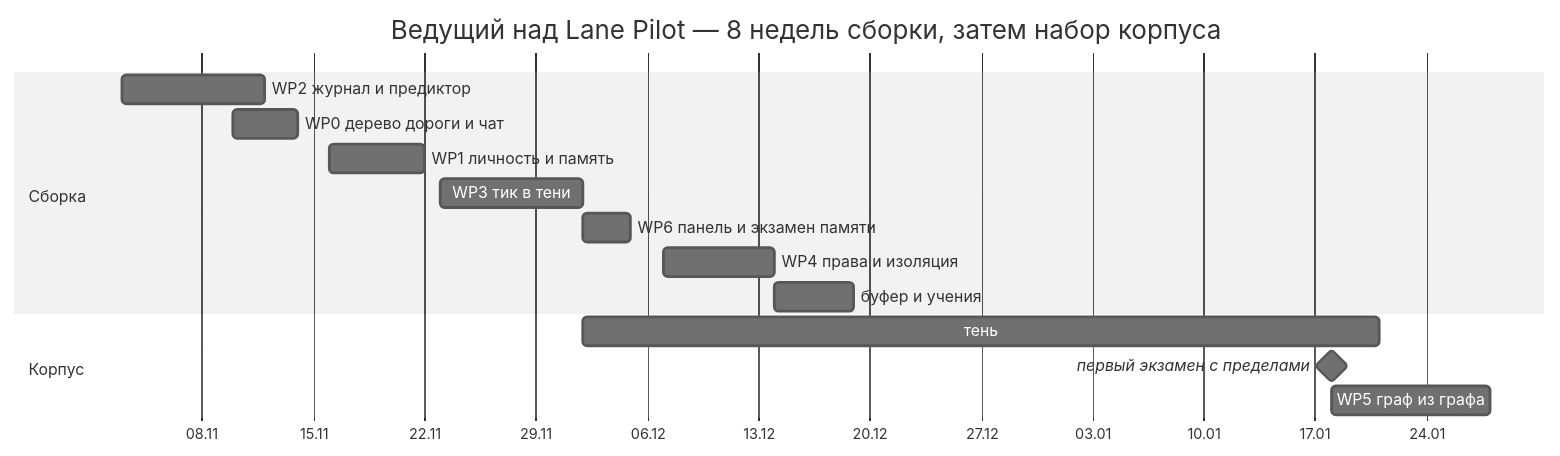
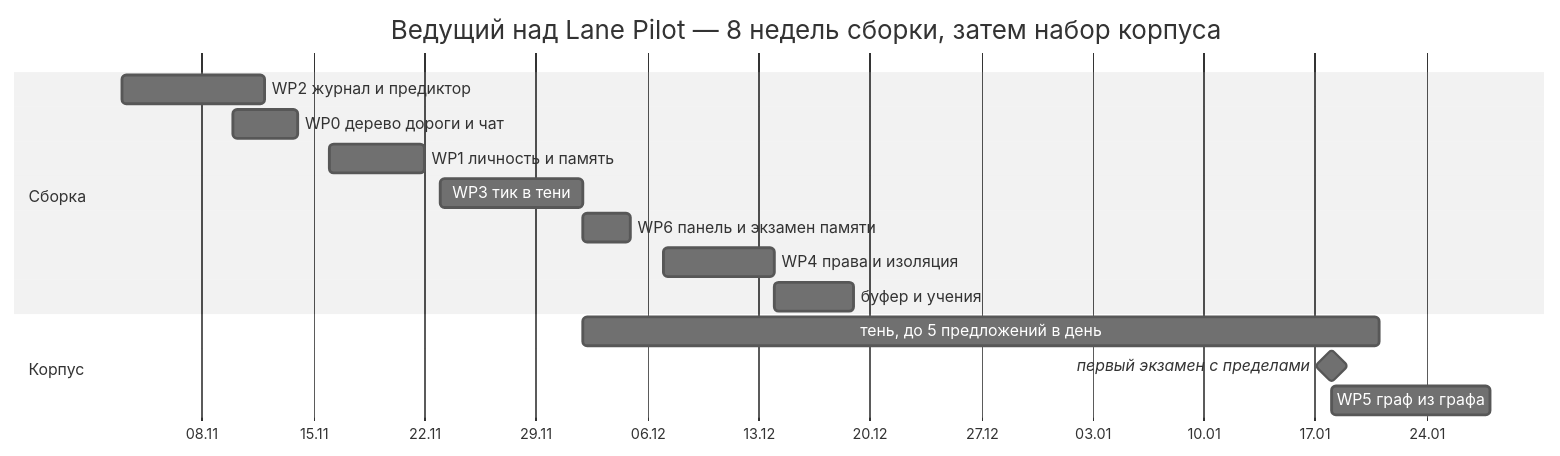
One commit to VKirill/bb-plugin-lane-pilot changed the fourth of 4 diagrams in .agents/plans/2026-11-01-lead-agent-roadmap.md. Above: the diagram before and after it, drawn with Mermaid (neutral theme). The commit also changed other lines of this file, not shown here.

Commit message:
plan: lead roadmap — Mermaid blocks parse (no semicolons, angle brackets or colons in task names)

````diff
--- a/.agents/plans/2026-11-01-lead-agent-roadmap.md
+++ b/.agents/plans/2026-11-01-lead-agent-roadmap.md
@@ -278,18 +278,18 @@
 ```mermaid
 gantt
   title Ведущий над Lane Pilot — 8 недель сборки, затем набор корпуса
   dateFormat YYYY-MM-DD
   axisFormat %d.%m
   section Сборка
   WP2 журнал и предиктор           :wp2, 2026-11-03, 9d
   WP0 дерево дороги и чат          :wp0, 2026-11-10, 4d
   WP1 личность и память            :wp1, 2026-11-16, 6d
   WP3 тик в тени                   :wp3, 2026-11-23, 9d
   WP6 панель и экзамен памяти      :wp6, 2026-12-02, 3d
   WP4 права и изоляция             :wp4, 2026-12-07, 7d
   буфер и учения                   :buf, 2026-12-14, 5d
   section Корпус
-  тень: ≤5 предложений в день      :shadow, 2026-12-02, 50d
+  тень, до 5 предложений в день    :shadow, 2026-12-02, 50d
   первый экзамен с пределами       :milestone, exam1, 2027-01-18, 0d
   WP5 граф из графа                :wp5, after exam1, 10d
 ```
````
